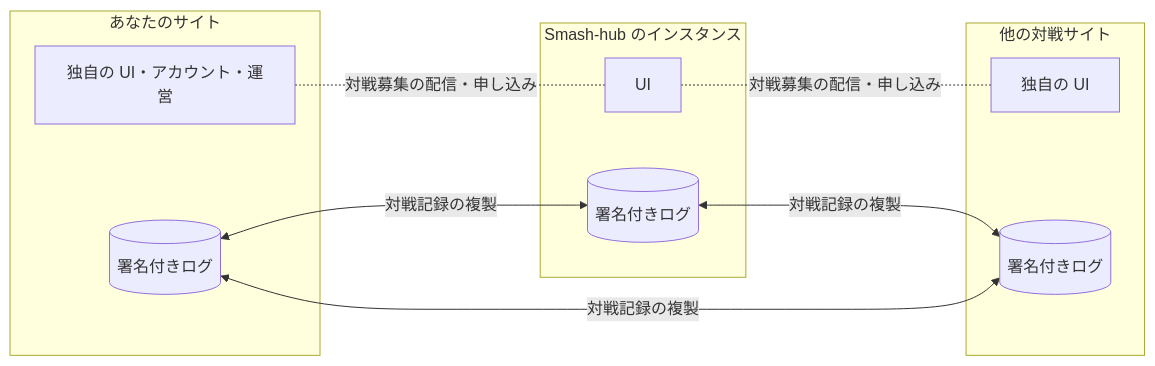
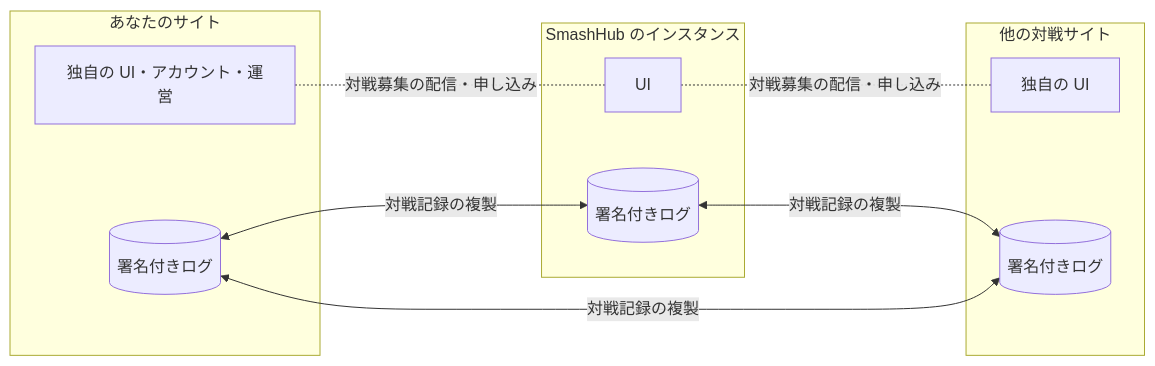
The first of 2 diagrams in docs/architecture/federation-for-existing-sites.md (tacky0612/smash-hub), drawn with Mermaid before and after one commit. The commit also changed other lines of this file and 81 other files, not shown here.

````diff
--- a/docs/architecture/federation-for-existing-sites.md
+++ b/docs/architecture/federation-for-existing-sites.md
@@ -24,20 +24,20 @@
 ```mermaid
 flowchart LR
   subgraph A[あなたのサイト]
     AU[独自の UI・アカウント・運営]
     AL[(署名付きログ)]
   end
-  subgraph B[Smash-hub のインスタンス]
+  subgraph B[SmashHub のインスタンス]
     BU[UI]
     BL[(署名付きログ)]
   end
   subgraph C[他の対戦サイト]
     CU[独自の UI]
     CL[(署名付きログ)]
   end
   AL <-- 対戦記録の複製 --> BL
   BL <-- 対戦記録の複製 --> CL
   AL <-- 対戦記録の複製 --> CL
   AU -. 対戦募集の配信・申し込み .- BU
   BU -. 対戦募集の配信・申し込み .- CU
 ```
````
